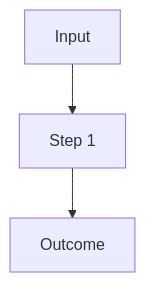
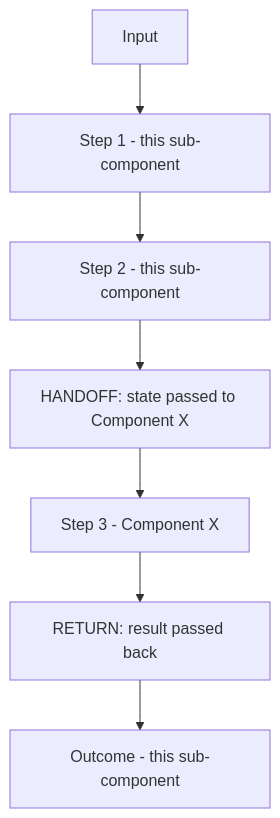
The second of 2 diagrams in skills/product-sub-component/templates/sub-component.md (westy412/ns-claude), drawn with Mermaid before and after one commit. The commit also changed other lines of this file and 35 other files, not shown here.

````diff
--- a/skills/product-sub-component/templates/sub-component.md
+++ b/skills/product-sub-component/templates/sub-component.md
@@ -122,5 +139,9 @@
 ```mermaid
 graph TD
-    A[Input] --> B[Step 1]
-    B --> C[Outcome]
+    A[Input] --> B[Step 1 - this sub-component]
+    B --> C[Step 2 - this sub-component]
+    C --> D[HANDOFF: state passed to Component X]
+    D --> E[Step 3 - Component X]
+    E --> F[RETURN: result passed back]
+    F --> G[Outcome - this sub-component]
 ```
````
